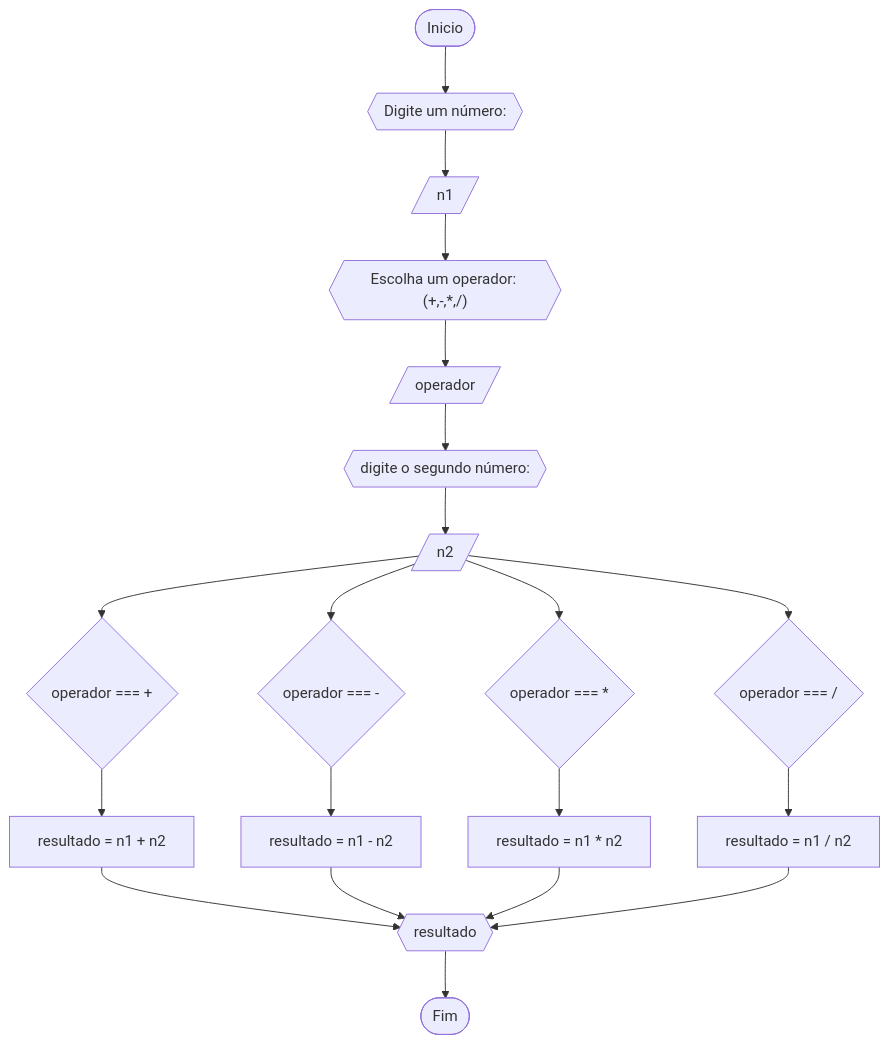
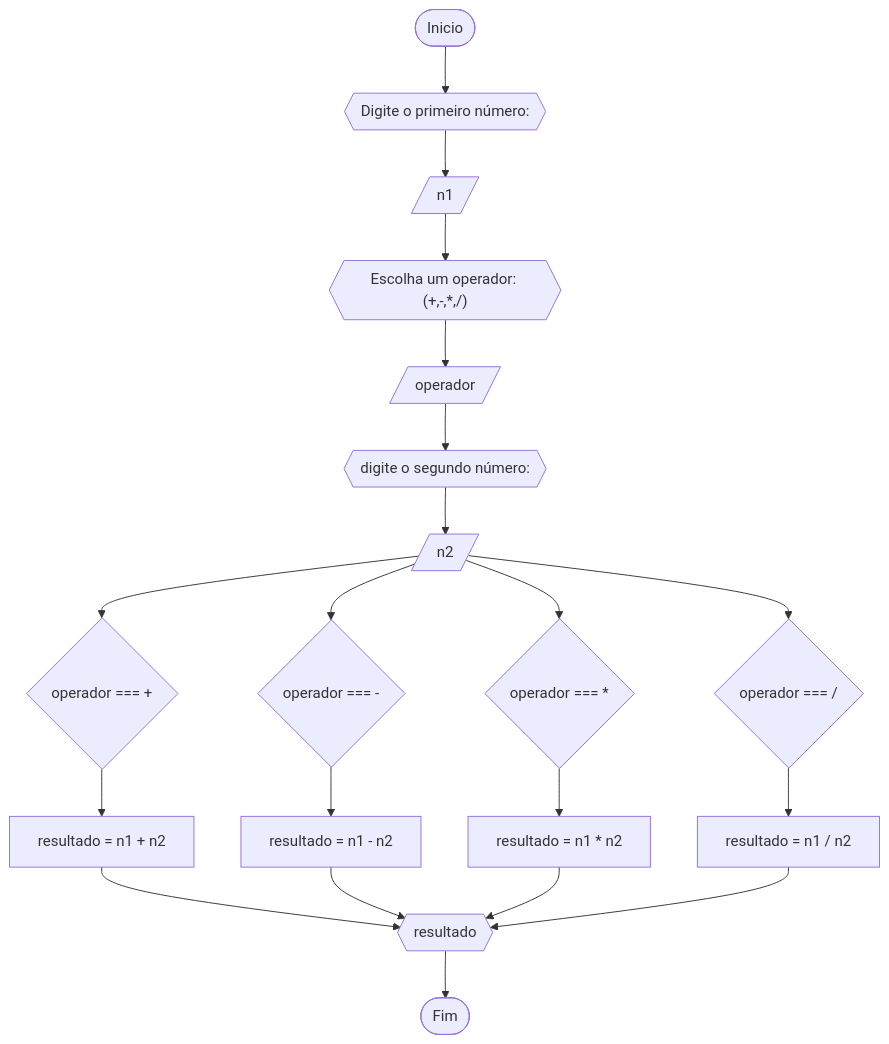
The third of 4 diagrams in RLA/AV1/Lista2_AV1.md (eryckmike/Unifor), drawn with Mermaid before and after one commit. The commit also changed other lines of this file, not shown here.

````diff
--- a/RLA/AV1/Lista2_AV1.md
+++ b/RLA/AV1/Lista2_AV1.md
@@ -60,24 +60,24 @@
 ```mermaid
 flowchart TD
-A([Inicio]) --> B{{Digite um número:}}
+A([Inicio]) --> B{{Digite o primeiro número:}}
 B --> C[/n1/]
 C --> D{{"Escolha um operador: (+,-,*,/) "}}
 D --> E[/operador/]
 E --> F{{digite o segundo número:}}
 F --> G[/n2/]
 G --> H{"operador === +"} 						
 G --> I{"operador === -"}
 G --> J{"operador === *"}
 G --> K{"operador === /"}
 
 H --> O[resultado = n1 + n2]
 I --> P[resultado = n1 - n2]
 J --> Q[resultado = n1 * n2]
 K --> R[resultado = n1 / n2]
 
 O --> Z{{resultado}}
 P --> Z{{resultado}}
 Q --> Z{{resultado}}
 R --> Z{{resultado}}
 Z --> ZZ([Fim])
 ```
````
